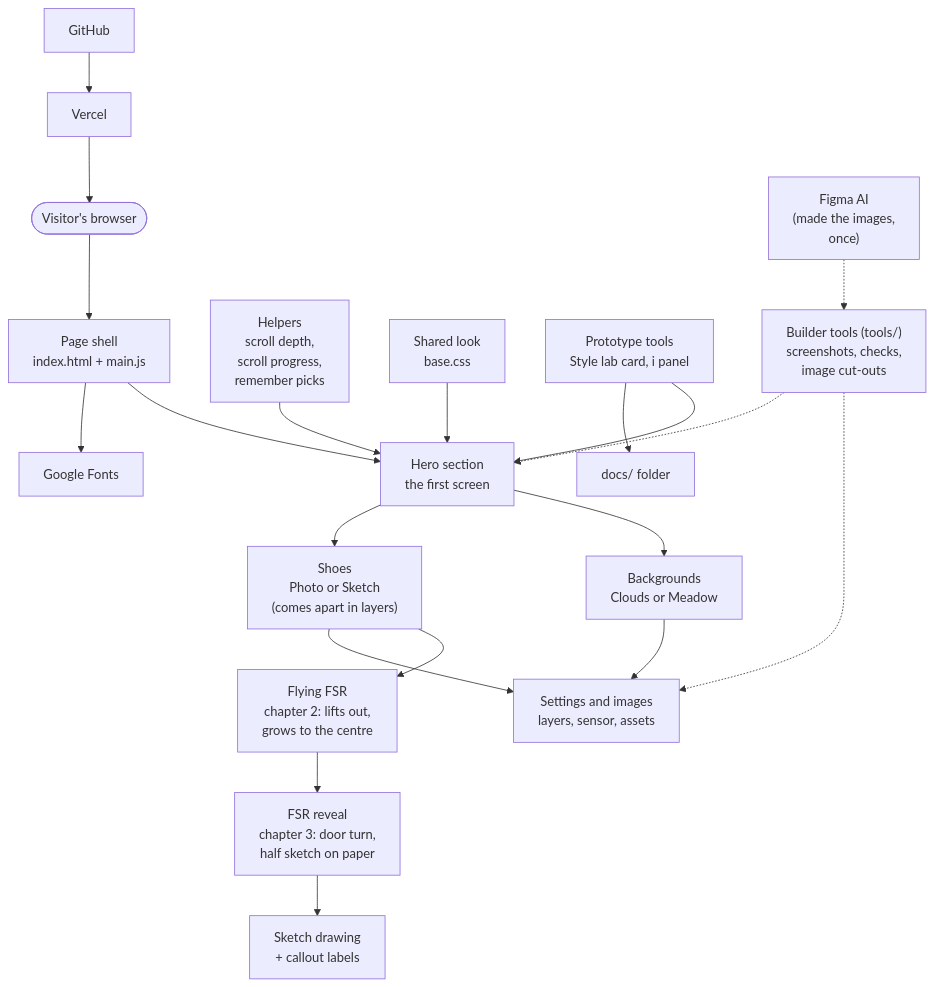
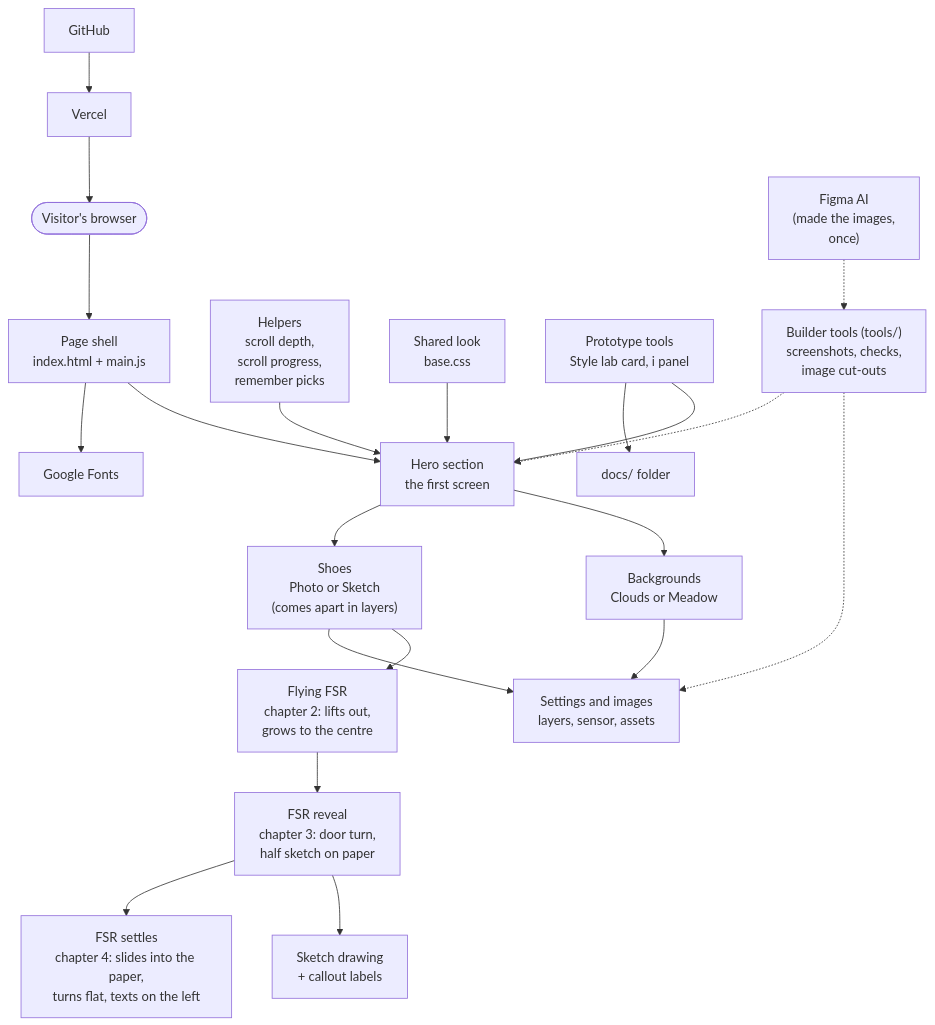
One commit to Veruzka/magic-shoes-presentation changed the diagram in docs/architecture.md. Above: the diagram before and after it, drawn with Mermaid. The commit also changed other lines of this file and 13 other files, not shown here.

First line of the commit message:
Chapter 4: the FSR slides into the paper, turns flat, and explains itself

````diff
--- a/docs/architecture.md
+++ b/docs/architecture.md
@@ -3,37 +3,39 @@
 ```mermaid
 flowchart TD
   visitor(["Visitor's browser"])
   page["Page shell<br/>index.html + main.js"]
   hero["Hero section<br/>the first screen"]
   bg["Backgrounds<br/>Clouds or Meadow"]
   shoe["Shoes<br/>Photo or Sketch<br/>(comes apart in layers)"]
   flight["Flying FSR<br/>chapter 2: lifts out,<br/>grows to the centre"]
   reveal["FSR reveal<br/>chapter 3: door turn,<br/>half sketch on paper"]
   sketch["Sketch drawing<br/>+ callout labels"]
+  settle["FSR settles<br/>chapter 4: slides into the paper,<br/>turns flat, texts on the left"]
   data["Settings and images<br/>layers, sensor, assets"]
   helpers["Helpers<br/>scroll depth,<br/>scroll progress,<br/>remember picks"]
   styles["Shared look<br/>base.css"]
   tools["Prototype tools<br/>Style lab card, i panel"]
   docs["docs/ folder"]
   github["GitHub"]
   vercel["Vercel"]
   fonts["Google Fonts"]
   figma["Figma AI<br/>(made the images,<br/>once)"]
   devtools["Builder tools (tools/)<br/>screenshots, checks,<br/>image cut-outs"]
 
   visitor --> page --> hero
   hero --> bg
   hero --> shoe
   shoe --> flight
   flight --> reveal --> sketch
+  reveal --> settle
   bg --> data
   shoe --> data
   helpers --> hero
   styles --> hero
   tools --> hero
   tools --> docs
   page --> fonts
   github --> vercel --> visitor
   figma -.-> devtools -.-> data
   devtools -.-> hero
 ```
````
